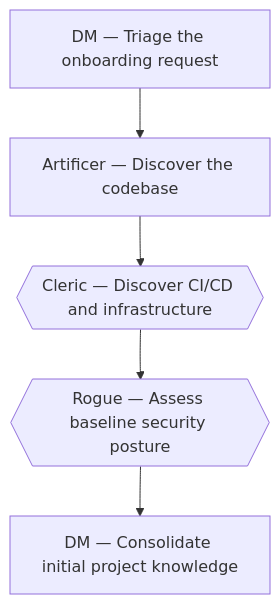
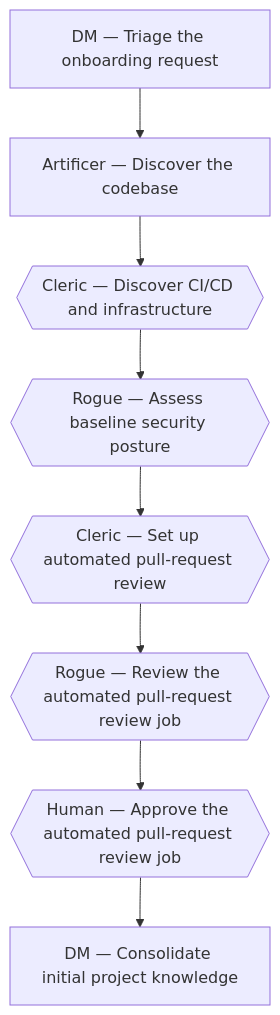
One commit to xavitoro/guild changed the diagram in .guild/core/workflows/onboard-existing-project/workflow.md. Above: the diagram before and after it, drawn with Mermaid. The commit also changed other lines of this file and 36 other files, not shown here.

````diff
--- a/.guild/core/workflows/onboard-existing-project/workflow.md
+++ b/.guild/core/workflows/onboard-existing-project/workflow.md
@@ -27,12 +35,18 @@
 ```mermaid
 flowchart TD
     onboard-01-triage["DM — Triage the onboarding request"]
     onboard-02-discover-codebase["Artificer — Discover the codebase"]
     onboard-03-discover-infra{{"Cleric — Discover CI/CD and infrastructure"}}
     onboard-04-baseline-threat-model{{"Rogue — Assess baseline security posture"}}
-    onboard-05-consolidate-knowledge["DM — Consolidate initial project knowledge"]
+    onboard-05-set-up-pr-review-automation{{"Cleric — Set up automated pull-request review"}}
+    onboard-06-review-pr-review-automation{{"Rogue — Review the automated pull-request review job"}}
+    onboard-07-human-approval-pr-review-automation{{"Human — Approve the automated pull-request review job"}}
+    onboard-08-consolidate-knowledge["DM — Consolidate initial project knowledge"]
     onboard-01-triage --> onboard-02-discover-codebase
     onboard-02-discover-codebase --> onboard-03-discover-infra
     onboard-03-discover-infra --> onboard-04-baseline-threat-model
-    onboard-04-baseline-threat-model --> onboard-05-consolidate-knowledge
+    onboard-04-baseline-threat-model --> onboard-05-set-up-pr-review-automation
+    onboard-05-set-up-pr-review-automation --> onboard-06-review-pr-review-automation
+    onboard-06-review-pr-review-automation --> onboard-07-human-approval-pr-review-automation
+    onboard-07-human-approval-pr-review-automation --> onboard-08-consolidate-knowledge
 ```
````
